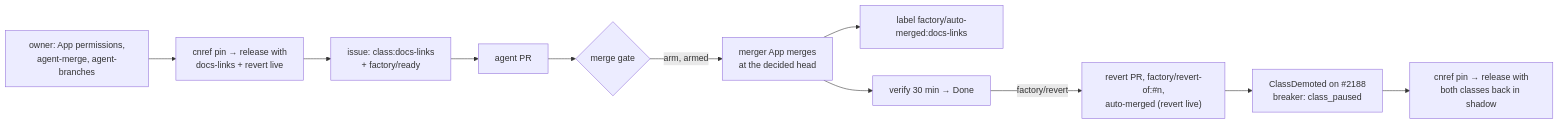
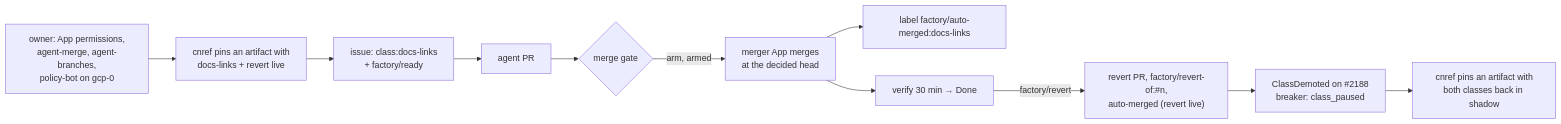
One commit to Smana/ai-native-ref changed the diagram in docs/runbooks/agent-factory/12-live-auto-merge-drill.md. Above: the diagram before and after it, drawn with Mermaid. The commit also changed other lines of this file and 1 other file, not shown here.

First line of the commit message:
docs(runbook-12): pin an artifact carrying #21; policy-bot on gcp-0 as a prerequisite

````diff
--- a/docs/runbooks/agent-factory/12-live-auto-merge-drill.md
+++ b/docs/runbooks/agent-factory/12-live-auto-merge-drill.md
@@ -51,12 +72,12 @@
 ```mermaid
 flowchart LR
-  gh["owner: App permissions,<br/>agent-merge, agent-branches"] --> pin["cnref pin → release with<br/>docs-links + revert live"]
+  gh["owner: App permissions,<br/>agent-merge, agent-branches,<br/>policy-bot on gcp-0"] --> pin["cnref pins an artifact with<br/>docs-links + revert live"]
   pin --> issue["issue: class:docs-links<br/>+ factory/ready"]
   issue --> pr["agent PR"] --> gate{"merge gate"}
   gate -->|"arm, armed"| merge["merger App merges<br/>at the decided head"]
   merge --> lbl["label factory/auto-merged:docs-links"]
   merge --> verify["verify 30 min → Done"]
   verify -->|"factory/revert"| rv["revert PR, factory/revert-of:#n,<br/>auto-merged (revert live)"]
   rv --> demoted["ClassDemoted on #2188<br/>breaker: class_paused"]
-  demoted --> back["cnref pin → release with<br/>both classes back in shadow"]
+  demoted --> back["cnref pins an artifact with<br/>both classes back in shadow"]
 ```
````
